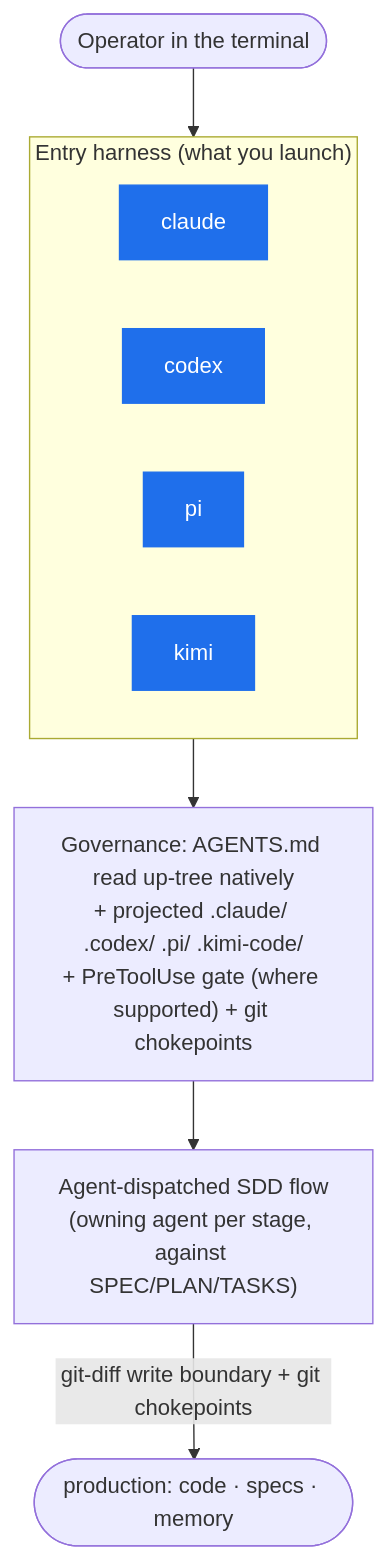
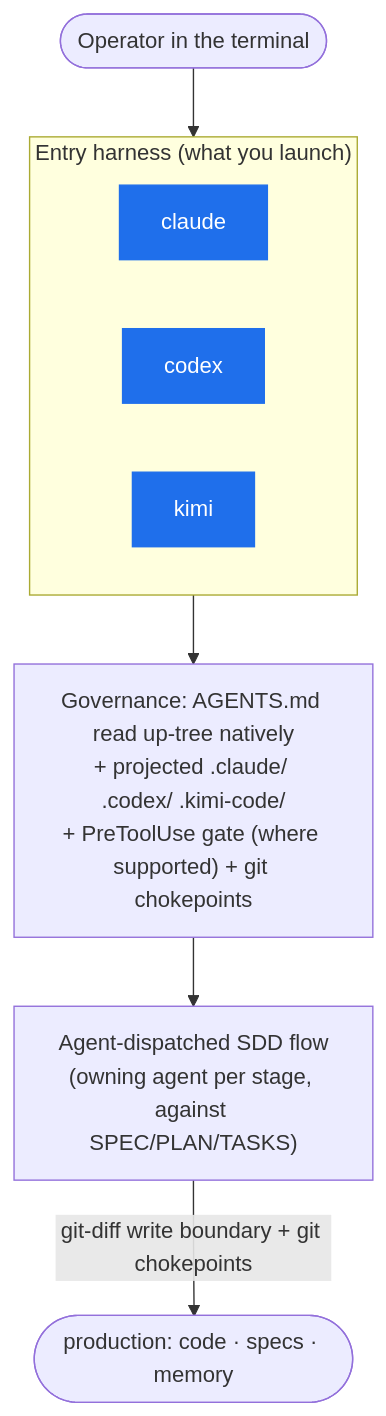
Before and after one commit to marcoaureliomenezes/dadaia-workspace: the first of 2 diagrams in README.md, drawn with Mermaid. The commit also changed other lines of this file and 76 other files, not shown here.

First line of the commit message:
feat(harness)!: remove PI-agent support — roster is claude/codex/kimi-code; panel runtime toggle gains Kimi; per-harness model picker

````diff
--- a/README.md
+++ b/README.md
@@ -60,16 +60,15 @@
 ```mermaid
 flowchart TB
     OP(["Operator in the terminal"])
     subgraph L1["Entry harness (what you launch)"]
         direction LR
         CC["claude"]:::h
         CX["codex"]:::h
-        PI["pi"]:::h
         KC["kimi"]:::h
     end
-    GOV["Governance: AGENTS.md read up-tree natively<br/>+ projected .claude/ .codex/ .pi/ .kimi-code/<br/>+ PreToolUse gate (where supported) + git chokepoints"]
+    GOV["Governance: AGENTS.md read up-tree natively<br/>+ projected .claude/ .codex/ .kimi-code/<br/>+ PreToolUse gate (where supported) + git chokepoints"]
     DISPATCH["Agent-dispatched SDD flow<br/>(owning agent per stage, against SPEC/PLAN/TASKS)"]
     OP --> L1 --> GOV --> DISPATCH
     DISPATCH -->|"git-diff write boundary + git chokepoints"| OUT(["production: code · specs · memory"])
     classDef h fill:#1f6feb,color:#fff,stroke:#1f6feb;
 ```
````
